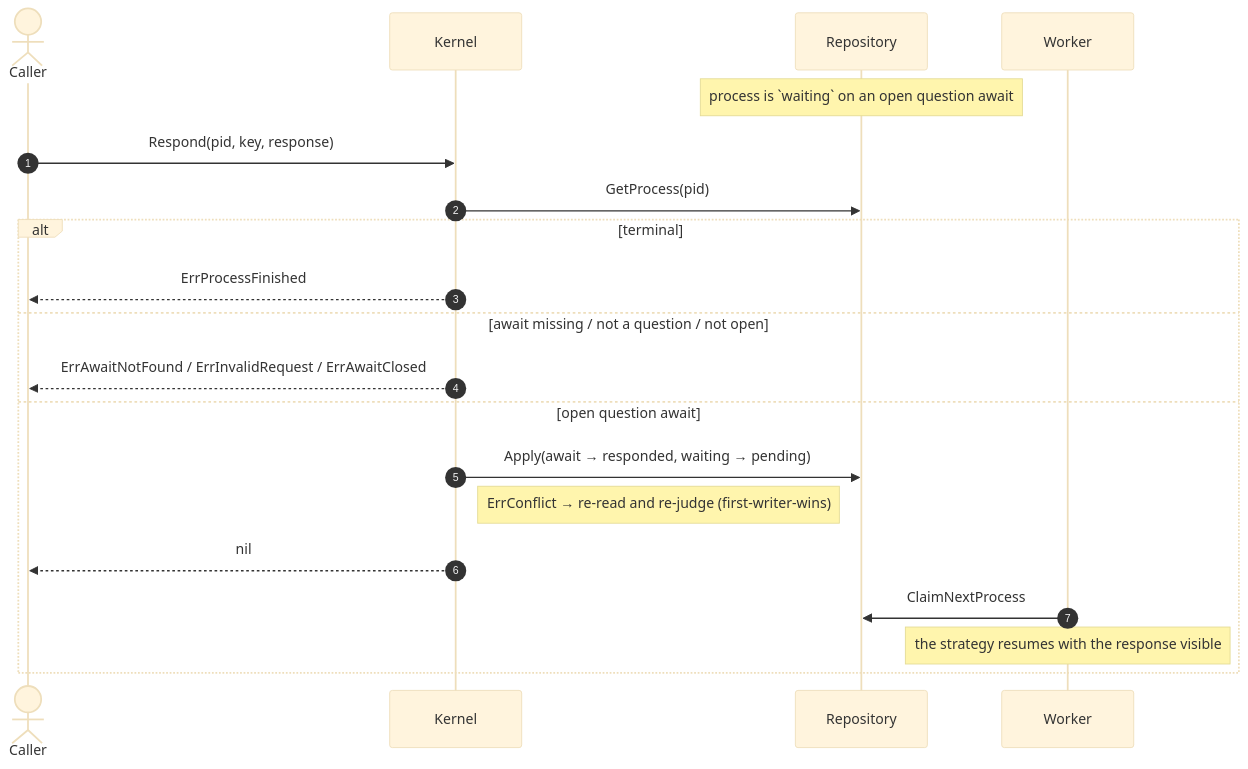
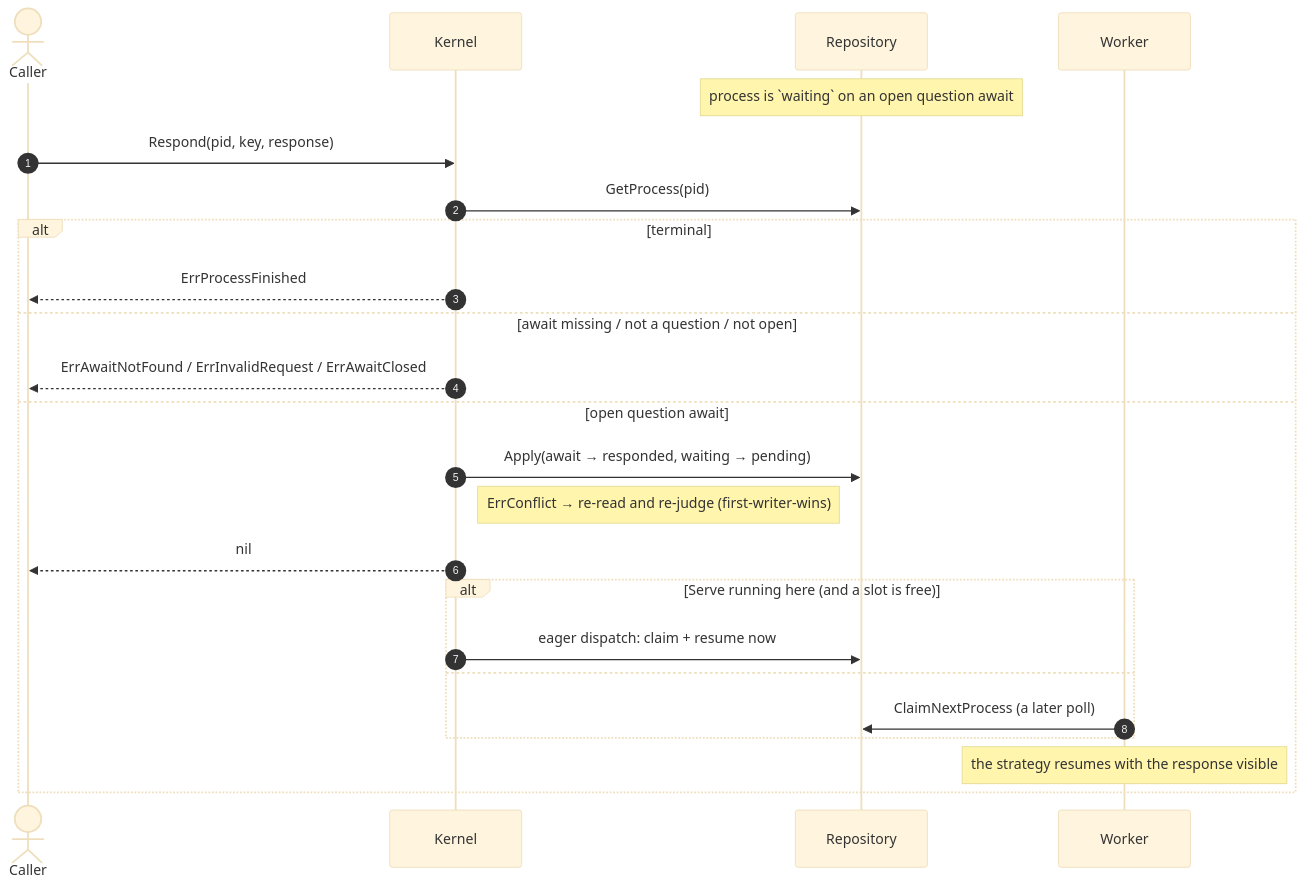
The third of 5 diagrams in docs/design/process-lifecycle.md (gollem-dev/agentkit), drawn with Mermaid (base theme) before and after one commit. The commit also changed other lines of this file and 27 other files, not shown here.

Commit message:
feat: eager in-process dispatch and two-tier concurrency (#11)

````diff
--- a/docs/design/process-lifecycle.md
+++ b/docs/design/process-lifecycle.md
@@ -101,23 +111,27 @@
 ```mermaid
 sequenceDiagram
   autonumber
   actor App as Caller
   participant K as Kernel
   participant R as Repository
   participant W as Worker
 
   Note over R: process is `waiting` on an open question await
   App->>K: Respond(pid, key, response)
   K->>R: GetProcess(pid)
   alt terminal
     K-->>App: ErrProcessFinished
   else await missing / not a question / not open
     K-->>App: ErrAwaitNotFound / ErrInvalidRequest / ErrAwaitClosed
   else open question await
     K->>R: Apply(await → responded, waiting → pending)
     Note right of K: ErrConflict → re-read and re-judge (first-writer-wins)
     K-->>App: nil
-    W->>R: ClaimNextProcess
+    alt Serve running here (and a slot is free)
+      K->>R: eager dispatch: claim + resume now
+    else
+      W->>R: ClaimNextProcess (a later poll)
+    end
     Note over W: the strategy resumes with the response visible
   end
 ```
````
